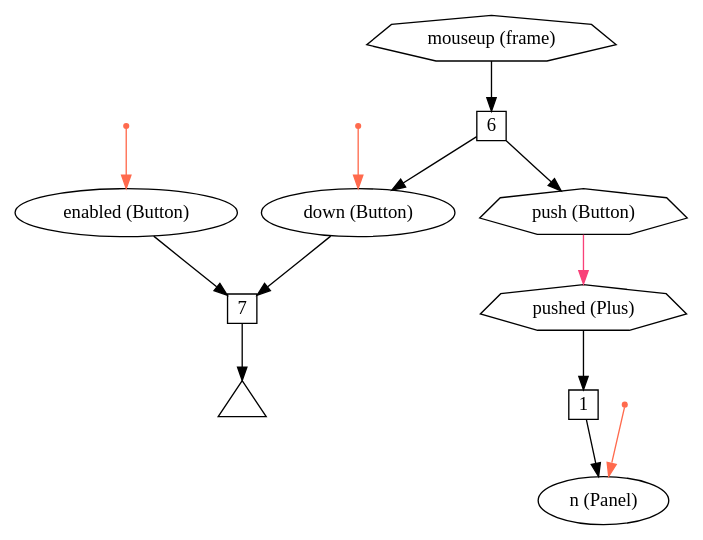
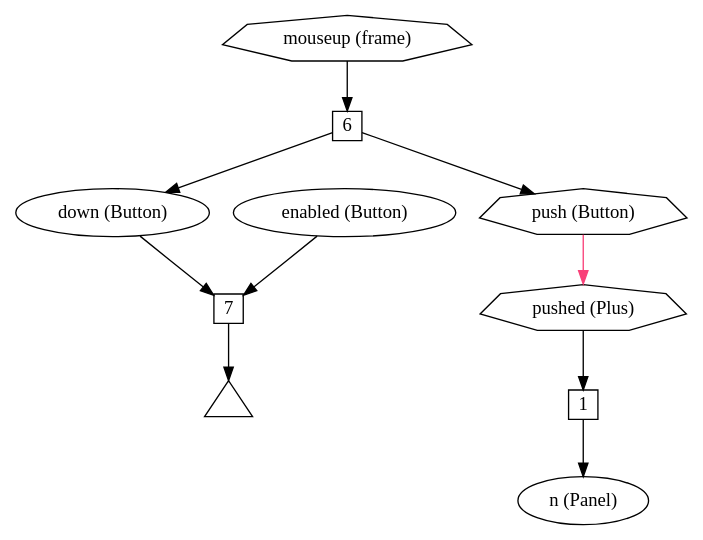
The diagram in doc/fig/graph-watch-671.gv (bendr/bender), drawn with Graphviz before and after one commit. The commit also changed 8 other files, not shown here.

```diff
--- a/doc/fig/graph-watch-671.gv
+++ b/doc/fig/graph-watch-671.gv
@@ -1,35 +1,28 @@
 digraph bender {
   node [fontname="Avenir Next"];
   edge [fontname="Avenir Next"];
 
   mouseup [label="mouseup (frame)", shape=septagon];
   down [label="down (Button)"];
   enabled [label="enabled (Button)"];
   pushed [label="push (Button)", shape=septagon];
   w6 [label="6", shape=square, fixedsize=true, width=0.3];
   mouseup -> w6;
   w6 -> down;
   w6 -> pushed;
 
   w7 [label="7", shape=square, fixedsize=true, width=0.3];
   t [label="", shape=triangle, fixedsize=true, width=0.5];
   down -> w7;
   enabled -> w7;
   w7 -> t;
 
   ppushed [label="pushed (Plus)", shape=septagon];
   w1 [label="1", shape=square, fixedsize=true, width=0.3];
   ppushed -> w1;
   w1 -> n;
 
   n [label="n (Panel)"];
   pushed -> ppushed [color="#f94179"];
 
-  init_down [shape=point, label="", color="#ff6a4d"]
-  init_down -> down [color="#ff6a4d"];
-  init_enabled [shape=point, label="", color="#ff6a4d"]
-  init_enabled -> enabled [color="#ff6a4d"];
-  init_n [shape=point, label="", color="#ff6a4d"]
-  init_n -> n [color="#ff6a4d"];
-  
 }
```
